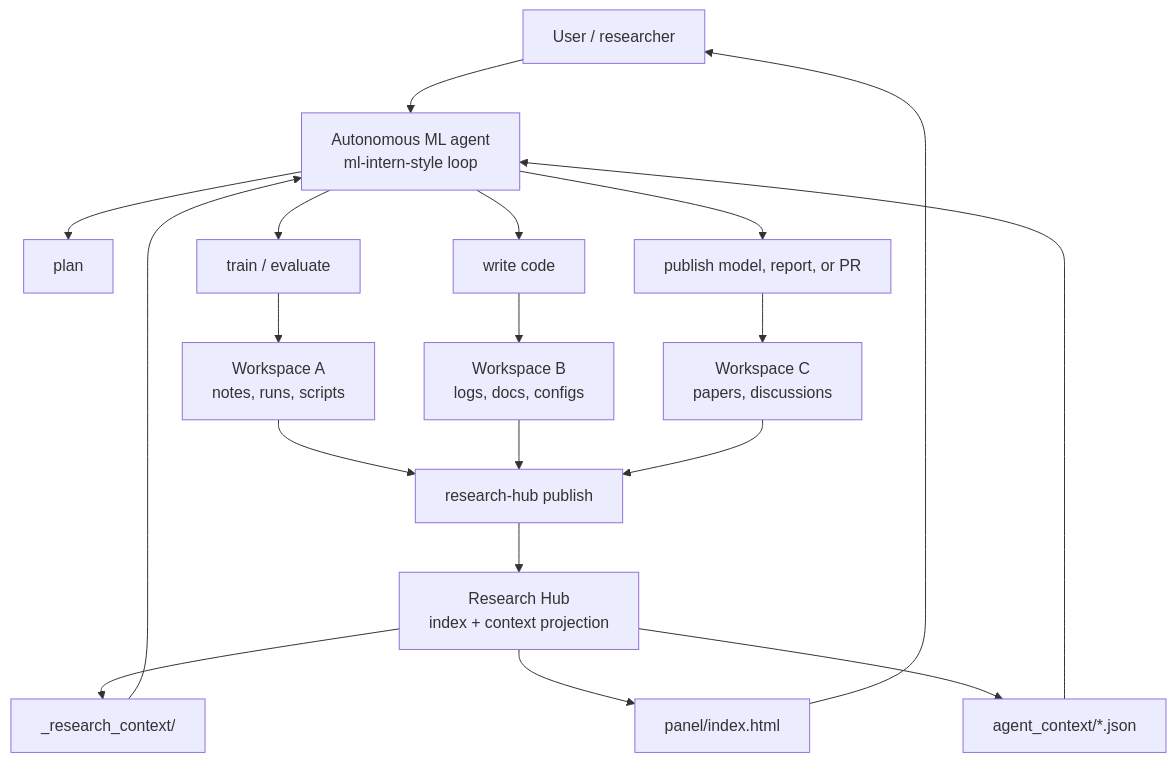
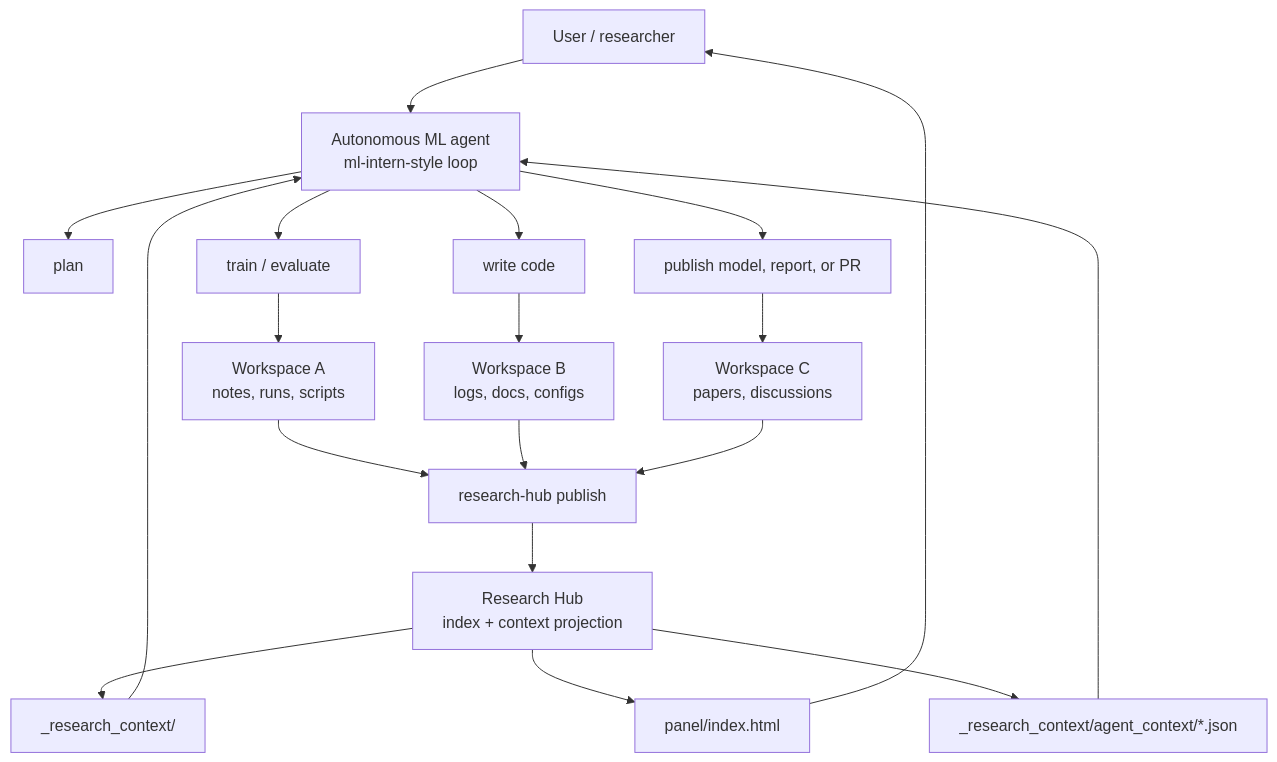
The first of 3 diagrams in docs/integrations.md (UTurtle/research-hub-skills), drawn with Mermaid before and after one commit. The commit also changed other lines of this file and 4 other files, not shown here.

````diff
--- a/docs/integrations.md
+++ b/docs/integrations.md
@@ -23,26 +24,26 @@
 ```mermaid
 flowchart TD
     USER["User / researcher"] --> AGENT["Autonomous ML agent<br/>ml-intern-style loop"]
 
     AGENT --> PLAN["plan"]
     AGENT --> CODE["write code"]
     AGENT --> TRAIN["train / evaluate"]
     AGENT --> SHIP["publish model, report, or PR"]
 
     WS1["Workspace A<br/>notes, runs, scripts"] --> RH["research-hub publish"]
     WS2["Workspace B<br/>logs, docs, configs"] --> RH
     WS3["Workspace C<br/>papers, discussions"] --> RH
 
     RH --> HUB["Research Hub<br/>index + context projection"]
     HUB --> CTX["_research_context/"]
     HUB --> PANEL["panel/index.html"]
-    HUB --> PACKS["agent_context/*.json"]
+    HUB --> PACKS["_research_context/agent_context/*.json"]
 
     CTX --> AGENT
     PACKS --> AGENT
     PANEL --> USER
 
     TRAIN --> WS1
     CODE --> WS2
     SHIP --> WS3
 ```
````
